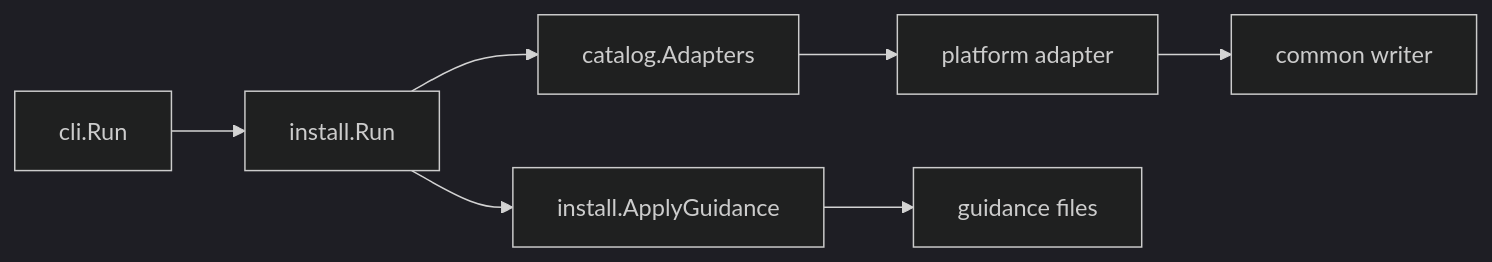
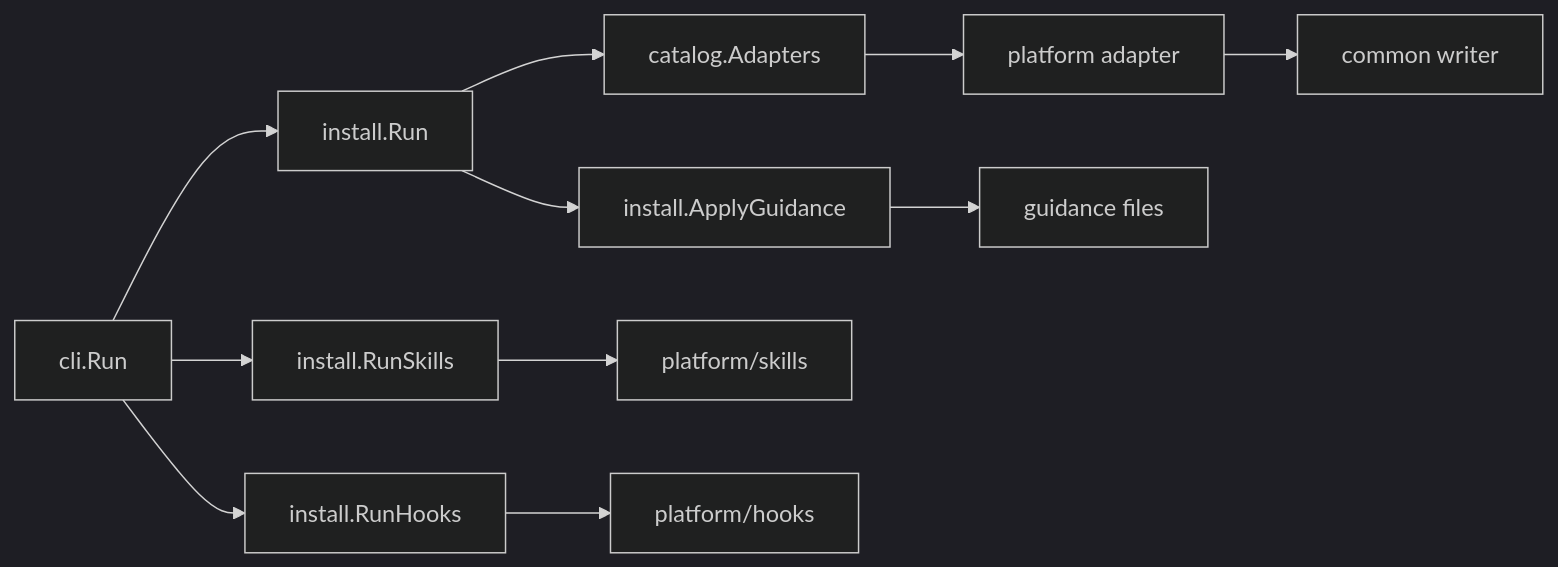
The diagram in docs/docs/architecture.md (phillarmonic/mcpinstall), drawn with Mermaid (dark theme) before and after one commit. The commit also changed other lines of this file and 54 other files, not shown here.

````diff
--- a/docs/docs/architecture.md
+++ b/docs/docs/architecture.md
@@ -44,9 +63,13 @@
 ```mermaid
 flowchart LR
   A[cli.Run] --> B[install.Run]
   B --> C[catalog.Adapters]
   C --> D[platform adapter]
   D --> E[common writer]
+  A --> H[install.RunSkills]
+  H --> I[platform/skills]
+  A --> J[install.RunHooks]
+  J --> K[platform/hooks]
   B --> F[install.ApplyGuidance]
   F --> G[guidance files]
 ```
````
